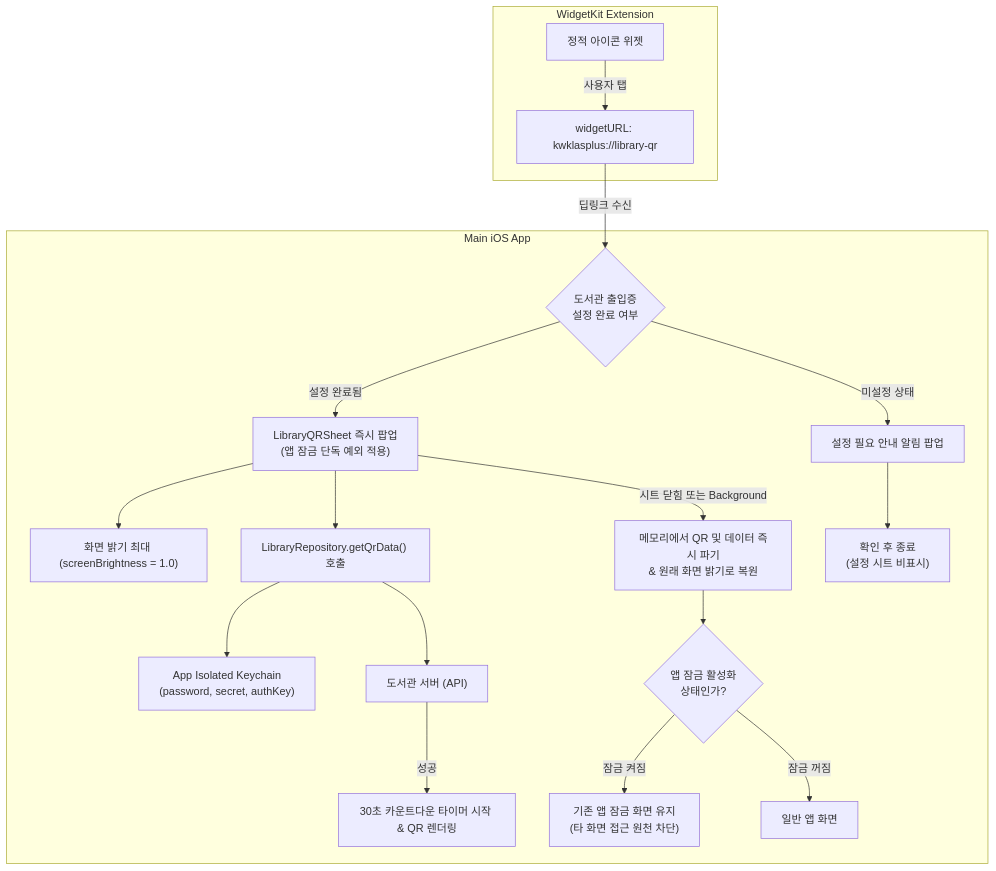
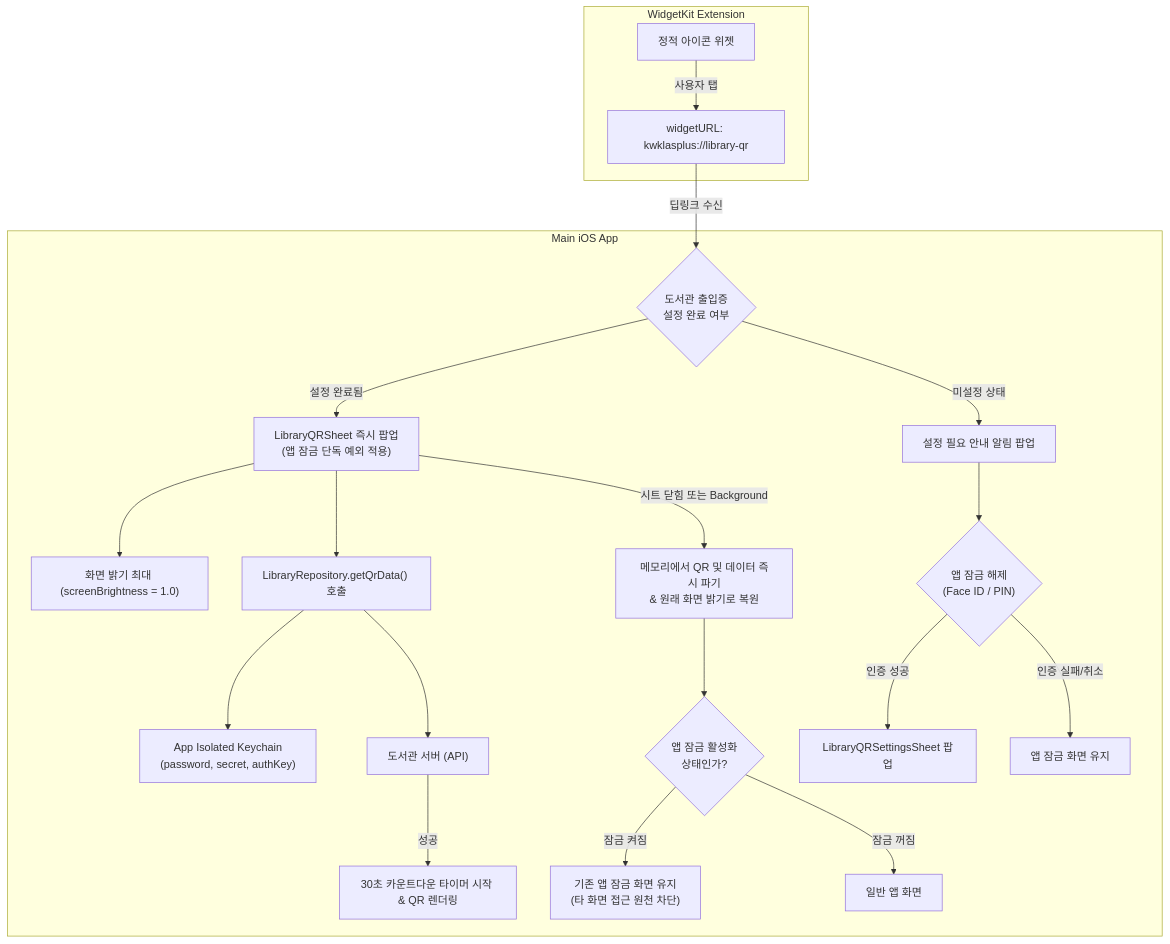
The diagram in docs/adr/ADR-006-ios-library-qr-widget.md (IceCream0910/kw-klas-plus), drawn with Mermaid before and after one commit. The commit also changed other lines of this file and 7 other files, not shown here.

````diff
--- a/docs/adr/ADR-006-ios-library-qr-widget.md
+++ b/docs/adr/ADR-006-ios-library-qr-widget.md
@@ -60,25 +60,27 @@
 ```mermaid
 flowchart TD
   subgraph WidgetKit ["WidgetKit Extension"]
     WEntry["정적 아이콘 위젯"] -->|사용자 탭| WURL["widgetURL: kwklasplus://library-qr"]
   end
 
   subgraph MainApp ["Main iOS App"]
     WURL -->|딥링크 수신| ConfigCheck{"도서관 출입증<br>설정 완료 여부"}
     
     ConfigCheck -->|설정 완료됨| QRSheet["LibraryQRSheet 즉시 팝업<br>(앱 잠금 단독 예외 적용)"]
     QRSheet --> Brightness["화면 밝기 최대 (screenBrightness = 1.0)"]
     QRSheet --> Fetch["LibraryRepository.getQrData() 호출"]
     Fetch --> Keychain["App Isolated Keychain<br>(password, secret, authKey)"]
     Fetch --> Server["도서관 서버 (API)"]
     Server -->|성공| RenderQR["30초 카운트다운 타이머 시작 & QR 렌더링"]
     
     QRSheet -->|시트 닫힘 또는 Background| CleanUp["메모리에서 QR 및 데이터 즉시 파기<br>& 원래 화면 밝기로 복원"]
     CleanUp --> LockCheck{"앱 잠금 활성화<br>상태인가?"}
     LockCheck -->|잠금 켜짐| KeepLocked["기존 앱 잠금 화면 유지<br>(타 화면 접근 원천 차단)"]
     LockCheck -->|잠금 꺼짐| NormalApp["일반 앱 화면"]
 
     ConfigCheck -->|미설정 상태| Alert["설정 필요 안내 알림 팝업"]
-    Alert --> End["확인 후 종료<br>(설정 시트 비표시)"]
+    Alert --> AuthCheck{"앱 잠금 해제<br>(Face ID / PIN)"}
+    AuthCheck -->|인증 성공| Settings["LibraryQRSettingsSheet 팝업"]
+    AuthCheck -->|인증 실패/취소| LockScreen["앱 잠금 화면 유지"]
   end
 ```
````
